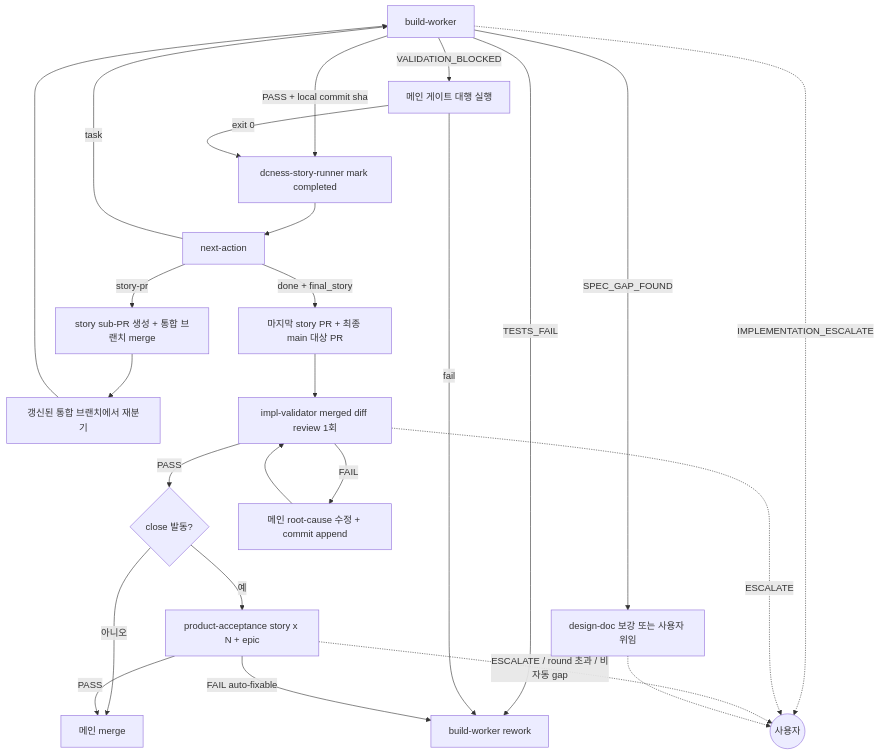
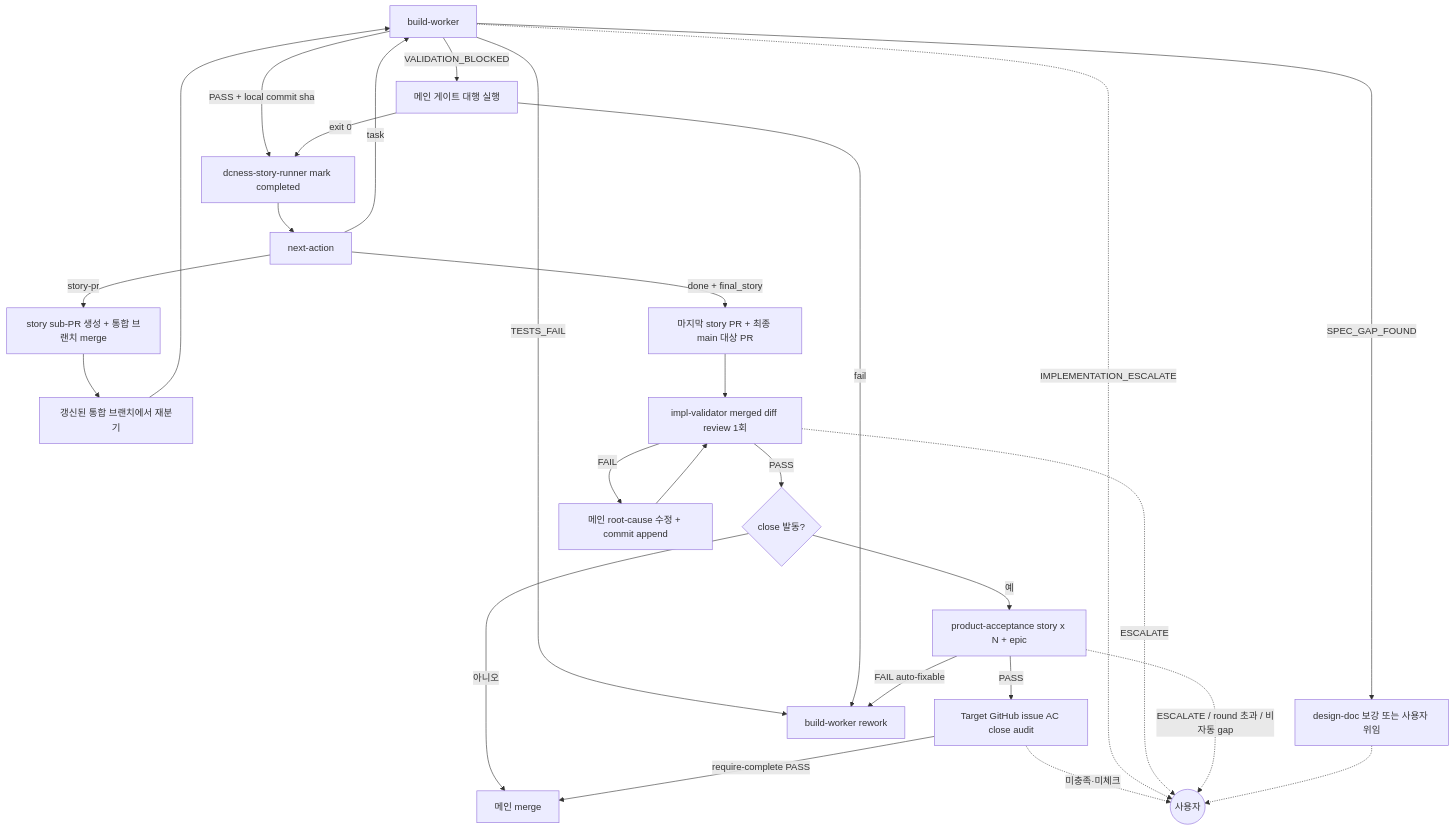
The diagram in skills/impl-loop/impl-loop-routing.md (Daeguk-Sun/dcNess), drawn with Mermaid before and after one commit. The commit also changed other lines of this file and 22 other files, not shown here.

````diff
--- a/skills/impl-loop/impl-loop-routing.md
+++ b/skills/impl-loop/impl-loop-routing.md
@@ -14,27 +14,29 @@
 ```mermaid
 flowchart TB
   BW[build-worker] -->|PASS + local commit sha| MARK[dcness-story-runner mark completed]
   BW -->|SPEC_GAP_FOUND| REWORK[design-doc 보강 또는 사용자 위임]
   BW -->|TESTS_FAIL| RETRY[build-worker rework]
   BW -->|VALIDATION_BLOCKED| GATE[메인 게이트 대행 실행]
   GATE -->|exit 0| MARK
   GATE -->|fail| RETRY
   MARK --> NEXT[next-action]
   NEXT -->|task| BW
   NEXT -->|story-pr| SPR[story sub-PR 생성 + 통합 브랜치 merge]
   SPR --> REBRANCH[갱신된 통합 브랜치에서 재분기]
   REBRANCH --> BW
   NEXT -->|done + final_story| FPR[마지막 story PR + 최종 main 대상 PR]
   FPR --> IV[impl-validator merged diff review 1회]
   IV -->|PASS| ACC{close 발동?}
   IV -->|FAIL| FIX[메인 root-cause 수정 + commit append]
   FIX --> IV
   ACC -->|아니오| MERGE[메인 merge]
   ACC -->|예| PA[product-acceptance story x N + epic]
-  PA -->|PASS| MERGE
+  PA -->|PASS| AC[Target GitHub issue AC close audit]
+  AC -->|require-complete PASS| MERGE
+  AC -.->|미충족·미체크| USER
   PA -->|FAIL auto-fixable| RETRY
   BW -.->|IMPLEMENTATION_ESCALATE| USER((사용자))
   IV -.->|ESCALATE| USER
   PA -.->|ESCALATE / round 초과 / 비자동 gap| USER
   REWORK -.-> USER
 ```
````
